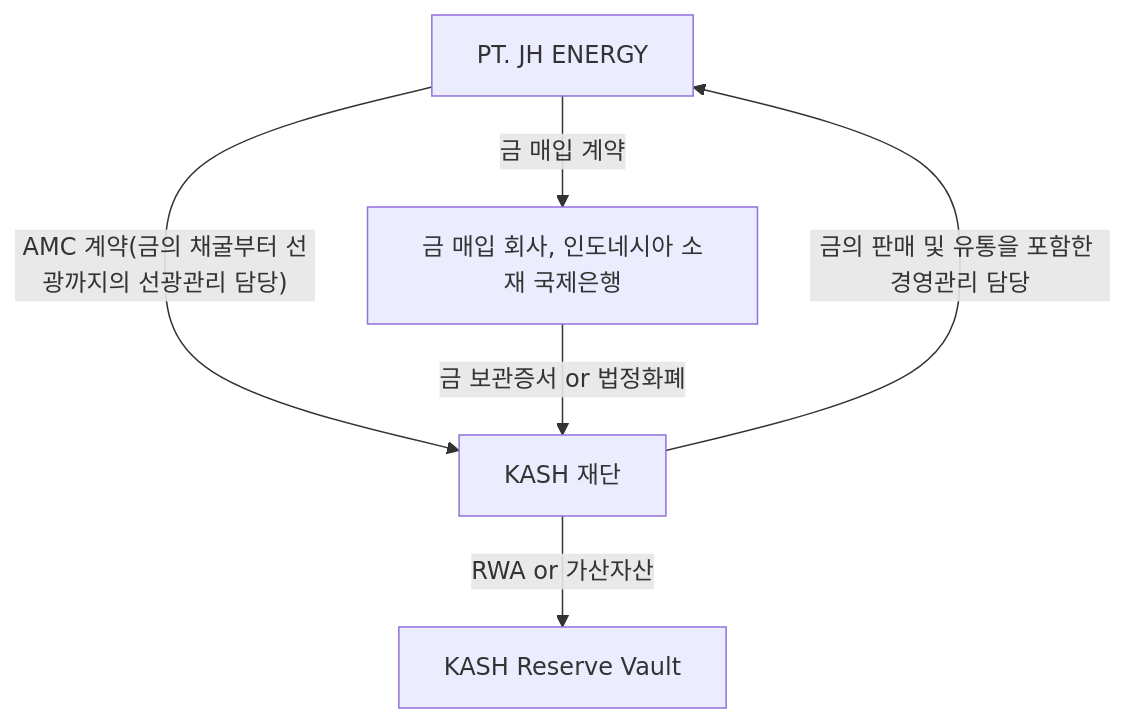
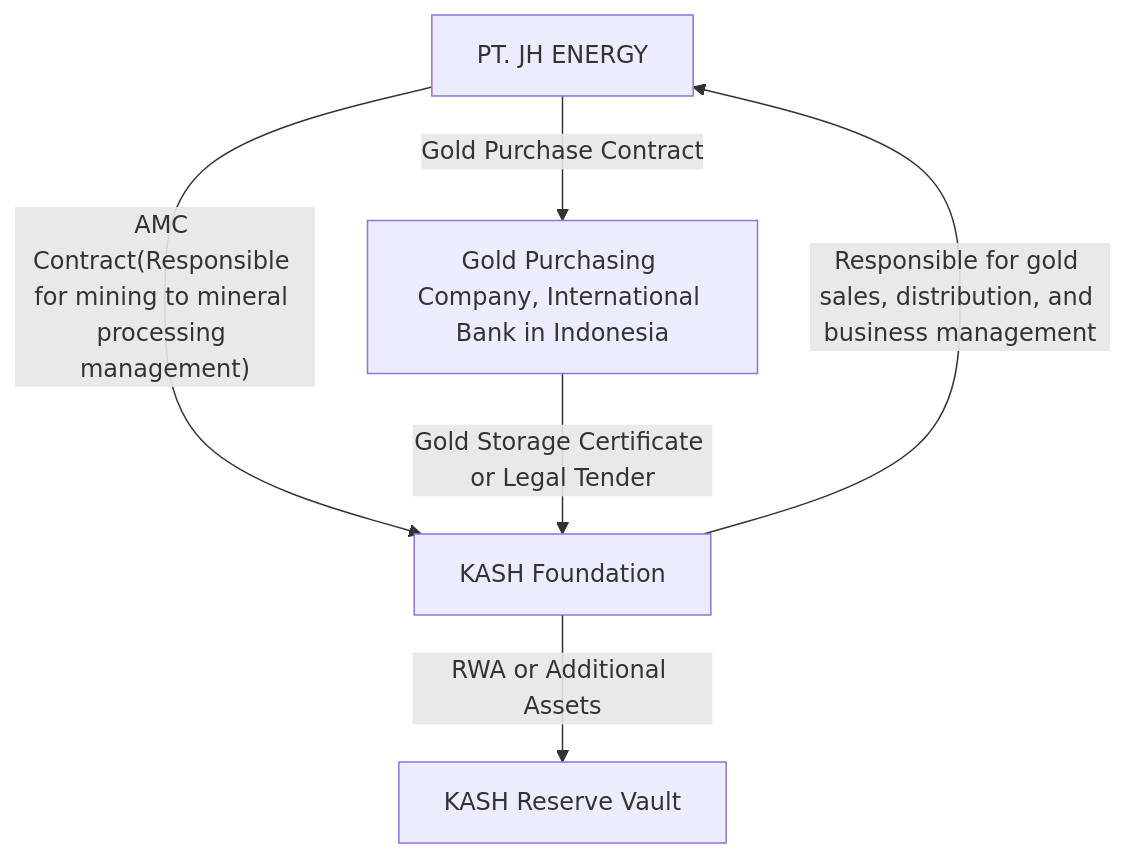
Before and after one commit to KOR-Ryat/kash-whitepaper: the diagram in i18n/en/docusaurus-plugin-content-docs/current/whitepaper/gold_mining/mining-overview.md, drawn with Mermaid. The commit also changed other lines of this file and 26 other files, not shown here.

````diff
--- a/i18n/en/docusaurus-plugin-content-docs/current/whitepaper/gold_mining/mining-overview.md
+++ b/i18n/en/docusaurus-plugin-content-docs/current/whitepaper/gold_mining/mining-overview.md
@@ -48,8 +46,8 @@
-~~~mermaid
+```mermaid
 graph TD
-    A[PT. JH ENERGY] -- AMC 계약(금의 채굴부터 선광까지의 선광관리 담당)  --> B[KASH 재단];
-    B -- 금의 판매 및 유통을 포함한 경영관리 담당 --> A;
-    A -- 금 매입 계약 --> C[금 매입 회사, 인도네시아 소재 국제은행];
-    C -- 금 보관증서 or 법정화폐 --> B;
-    B -- RWA or 가산자산 --> D[KASH Reserve Vault];
-~~~
+    A[PT. JH ENERGY] -- AMC Contract(Responsible for mining to mineral processing management) --> B[KASH Foundation];
+    B -- Responsible for gold sales, distribution, and business management --> A;
+    A -- Gold Purchase Contract --> C[Gold Purchasing Company, International Bank in Indonesia];
+    C -- Gold Storage Certificate or Legal Tender --> B;
+    B -- RWA or Additional Assets --> D[KASH Reserve Vault];
+```
````
